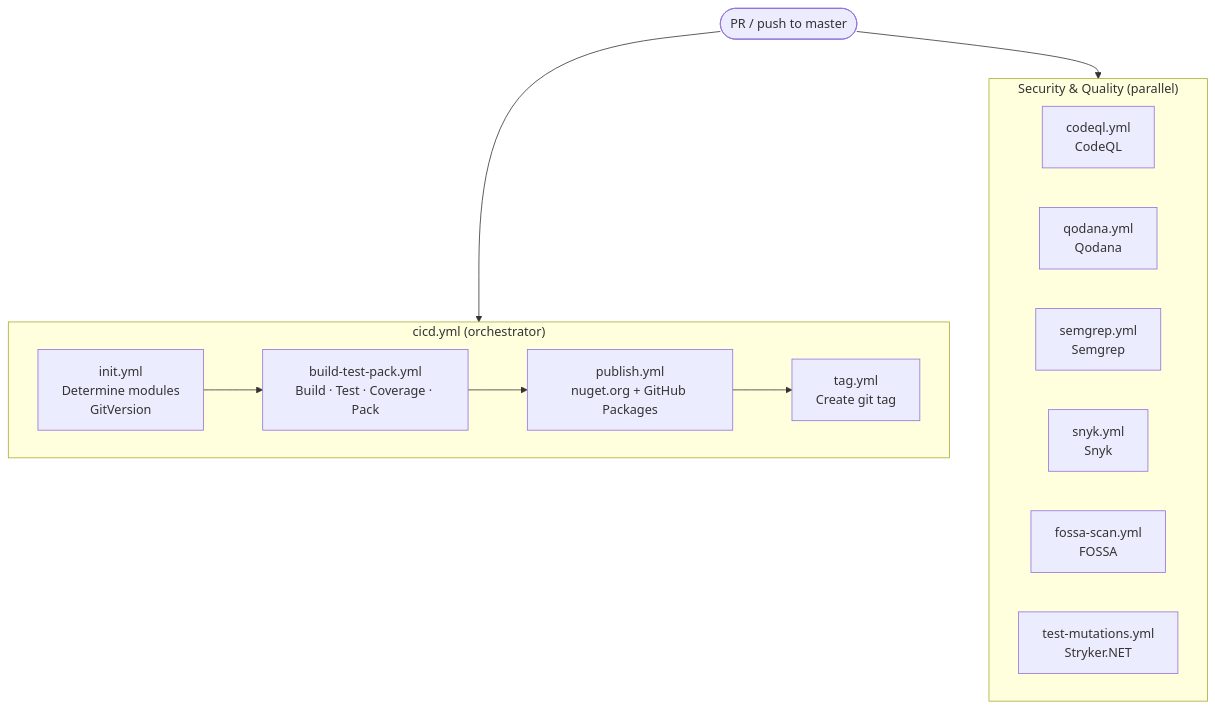
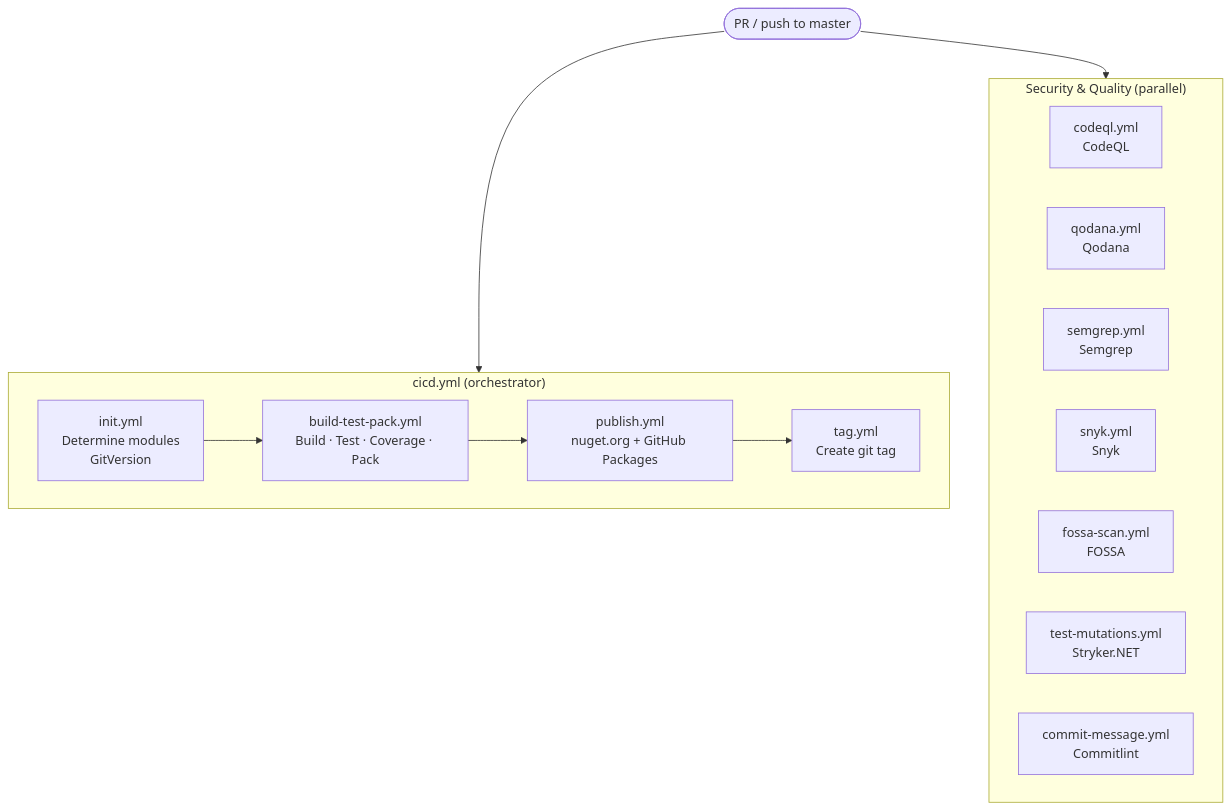
One commit to Accenture/AutoFixture.XUnit2.AutoMock changed the third of 3 diagrams in AGENTS.md. Above: the diagram before and after it, drawn with Mermaid. The commit also changed other lines of this file, not shown here.

````diff
--- a/AGENTS.md
+++ b/AGENTS.md
@@ -386,22 +397,23 @@
 ```mermaid
 flowchart TD
     trigger([PR / push to master]) --> cicd
 
     subgraph cicd["cicd.yml (orchestrator)"]
         init["init.yml<br/>Determine modules<br/>GitVersion"] --> btp
         btp["build-test-pack.yml<br/>Build · Test · Coverage · Pack"] --> publish
         publish["publish.yml<br/>nuget.org + GitHub Packages"] --> tag
         tag["tag.yml<br/>Create git tag"]
     end
 
     trigger --> security
 
     subgraph security["Security & Quality (parallel)"]
         codeql["codeql.yml<br/>CodeQL"]
         qodana["qodana.yml<br/>Qodana"]
         semgrep["semgrep.yml<br/>Semgrep"]
         snyk["snyk.yml<br/>Snyk"]
         fossa["fossa-scan.yml<br/>FOSSA"]
         mutations["test-mutations.yml<br/>Stryker.NET"]
+        commitmsg["commit-message.yml<br/>Commitlint"]
     end
 ```
````
